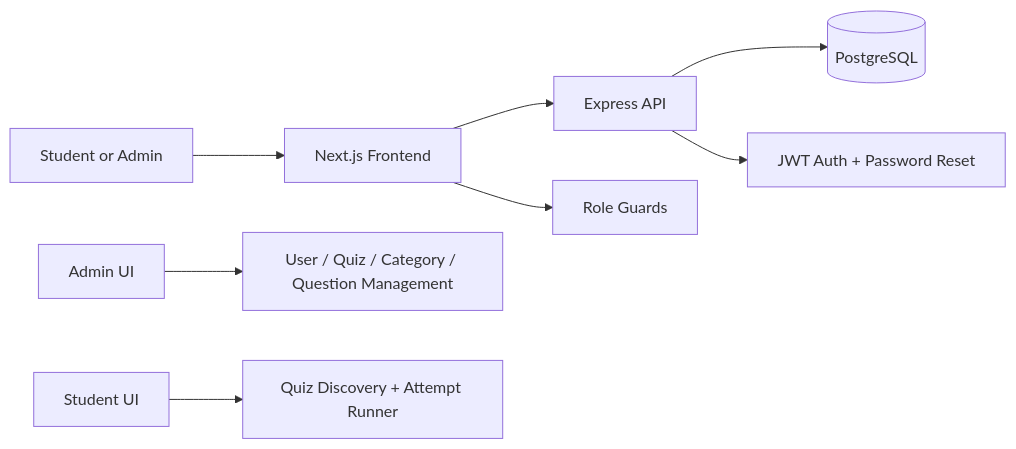
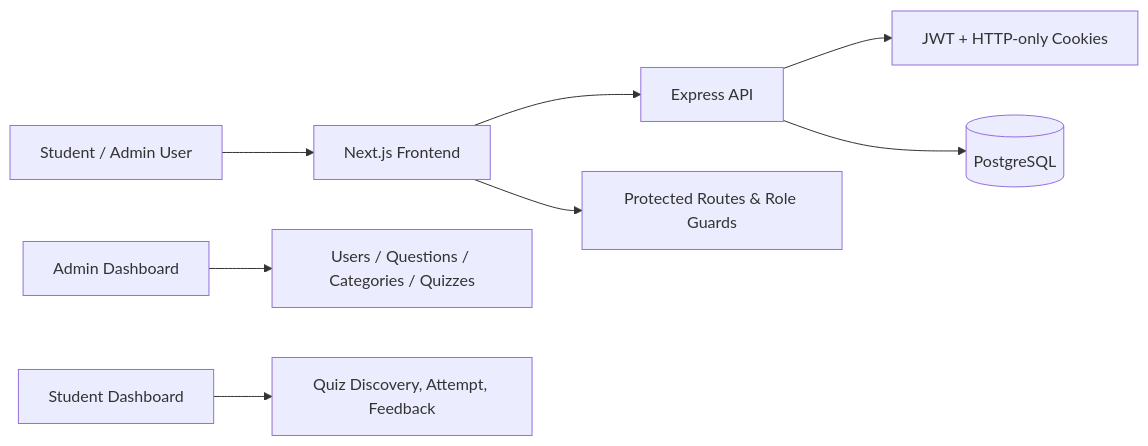
The diagram in README.md (SaurabhPandey016/Quiz_and_online_assessment_app), drawn with Mermaid before and after one commit. The commit also changed other lines of this file and 2 other files, not shown here.

````diff
--- a/README.md
+++ b/README.md
@@ -28,10 +138,10 @@
 ```mermaid
 flowchart LR
-  User[Student or Admin] --> FE[Next.js Frontend]
-  FE --> API[Express API]
-  API --> DB[(PostgreSQL)]
-  API --> Auth[JWT Auth + Password Reset]
-  FE --> Guard[Role Guards]
-  Admin[Admin UI] --> CRUD[User / Quiz / Category / Question Management]
-  Student[Student UI] --> Quiz[Quiz Discovery + Attempt Runner]
+    U[Student / Admin User] --> FE[Next.js Frontend]
+    FE --> API[Express API]
+    API --> AUTH[JWT + HTTP-only Cookies]
+    API --> DB[(PostgreSQL)]
+    FE --> GUARD[Protected Routes & Role Guards]
+    ADMIN[Admin Dashboard] --> CRUD[Users / Questions / Categories / Quizzes]
+    STUDENT[Student Dashboard] --> QUIZ[Quiz Discovery, Attempt, Feedback]
 ```
````
